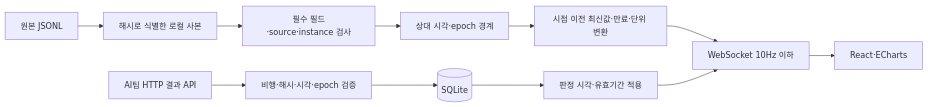
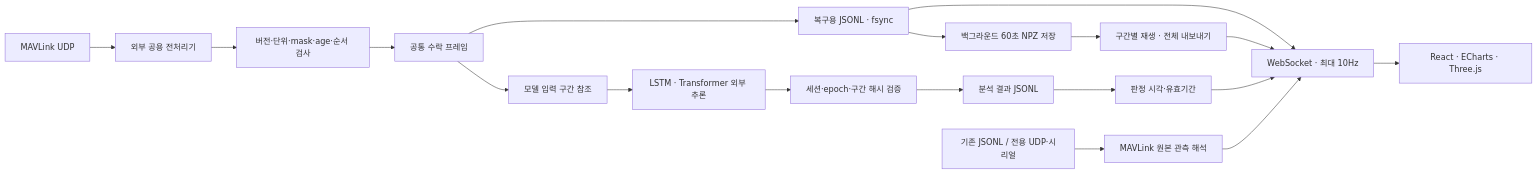
Before and after one commit to capstone1-irion/ui: the diagram in docs/architecture.md, drawn with Mermaid. The commit also changed other lines of this file and 28 other files, not shown here.

````diff
--- a/docs/architecture.md
+++ b/docs/architecture.md
@@ -28,13 +5,20 @@
 ```mermaid
 flowchart LR
-  Input[원본 JSONL] --> Copy[해시로 식별한 로컬 사본]
-  Copy --> Parse[필수 필드·source·instance 검사]
-  Parse --> Clock[상대 시각·epoch 경계]
-  Clock --> Frame[시점 이전 최신값·만료·단위 변환]
-  Frame --> WS[WebSocket 10Hz 이하]
-  AI[AI팀 HTTP 결과 API] --> Validate[비행·해시·시각·epoch 검증]
-  Validate --> DB[(SQLite)]
-  DB --> Gate[판정 시각·유효기간 적용]
+  UDP[MAVLink UDP] --> Prep[외부 공용 전처리기]
+  Prep --> Validate[버전·단위·mask·age·순서 검사]
+  Validate --> Row[공통 수락 프레임]
+  Row --> Journal[복구용 JSONL · fsync]
+  Journal --> WS[WebSocket · 최대 10Hz]
+  Journal --> NPZ[백그라운드 60초 NPZ 저장]
+  NPZ --> Replay[구간별 재생 · 전체 내보내기]
+  Replay --> WS
+  Row --> Input[모델 입력 구간 참조]
+  Input --> Models[LSTM · Transformer 외부 추론]
+  Models --> Check[세션·epoch·구간 해시 검증]
+  Check --> Events[분석 결과 JSONL]
+  Events --> Gate[판정 시각·유효기간]
   Gate --> WS
-  WS --> UI[React·ECharts]
+  WS --> UI[React · ECharts · Three.js]
+  Raw[기존 JSONL / 전용 UDP·시리얼] --> Core[MAVLink 원본 관측 해석]
+  Core --> WS
 ```
````
